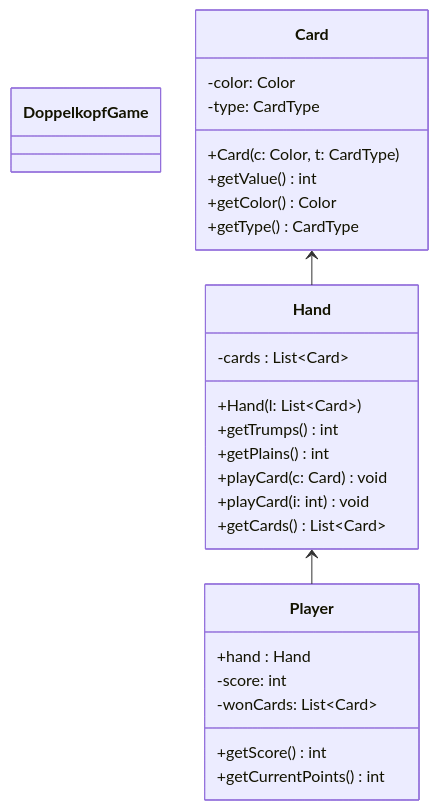
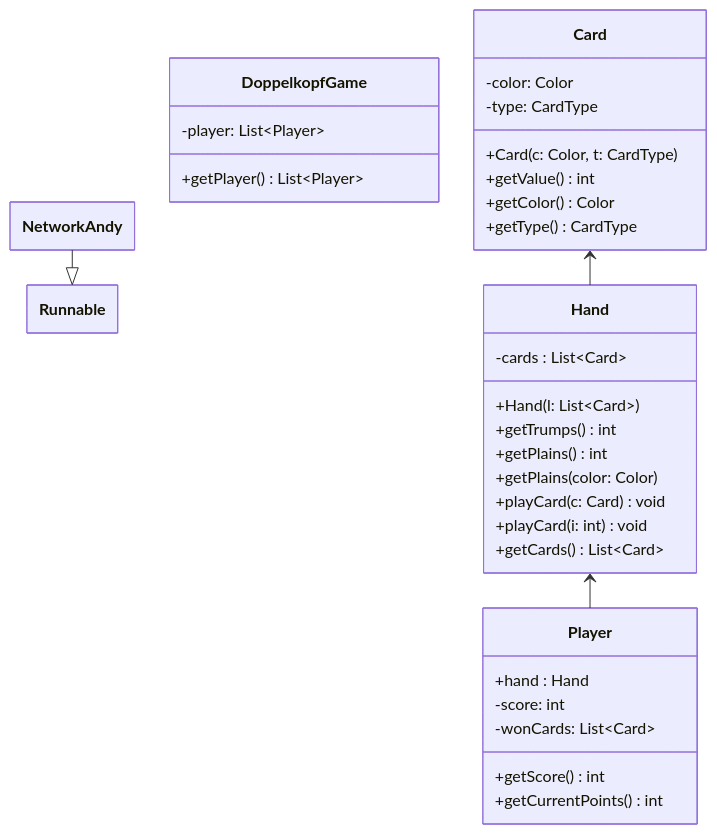
The diagram in diagram.md (texotek/doppelkopf), drawn with Mermaid before and after one commit. The commit also changed 4 other files, not shown here.

````diff
--- a/diagram.md
+++ b/diagram.md
@@ -1,39 +1,51 @@
 ```mermaid
 ---
 config:
   layout: elk
   class:
-    hideEmptyMembersBox: false
+    hideEmptyMembersBox: true
 ---
+
 classDiagram
 direction TB
+    class NetworkAndy{
+    }
+    class Runnable
+    NetworkAndy --|> Runnable
+
     class DoppelkopfGame {
+      -player: List~Player~
+
+      +getPlayer() List~Player~
     }
+
     class Player {
 	    +hand : Hand
 	    -score: int
         -wonCards: List~Card~
 
         +getScore() int
         +getCurrentPoints() int
     }
     class Hand {
 	    -cards : List~Card~
 	    +Hand(l: List~Card~)
 	    +getTrumps() int
 	    +getPlains() int
+      +getPlains(color: Color)
 	    +playCard(c: Card) void
 	    +playCard(i: int) void
 	    +getCards() List~Card~
     }
     class Card {
 	    -color: Color
 	    -type: CardType
 	    +Card(c: Color,  t: CardType)
 	    +getValue() int
 	    +getColor() Color
 	    +getType() CardType
     }
     Card <-- Hand
     Hand <-- Player
+
 ```
````
